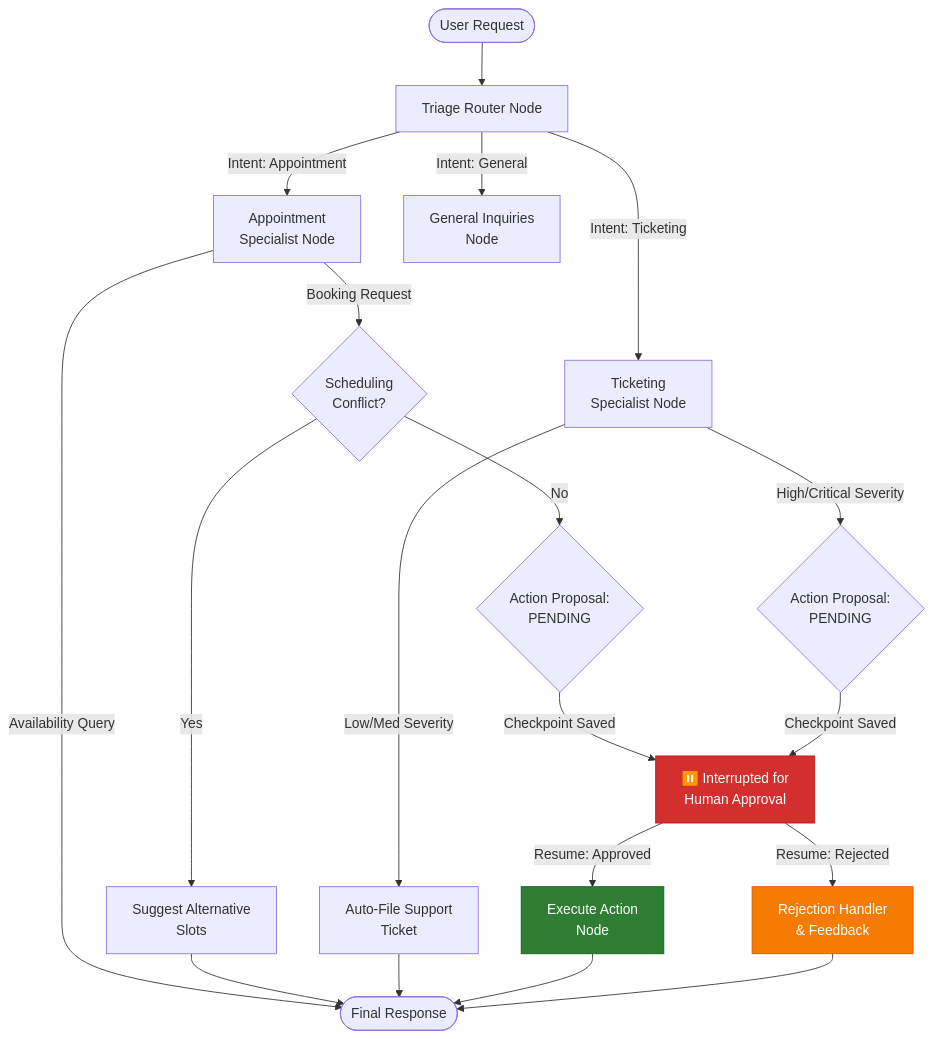
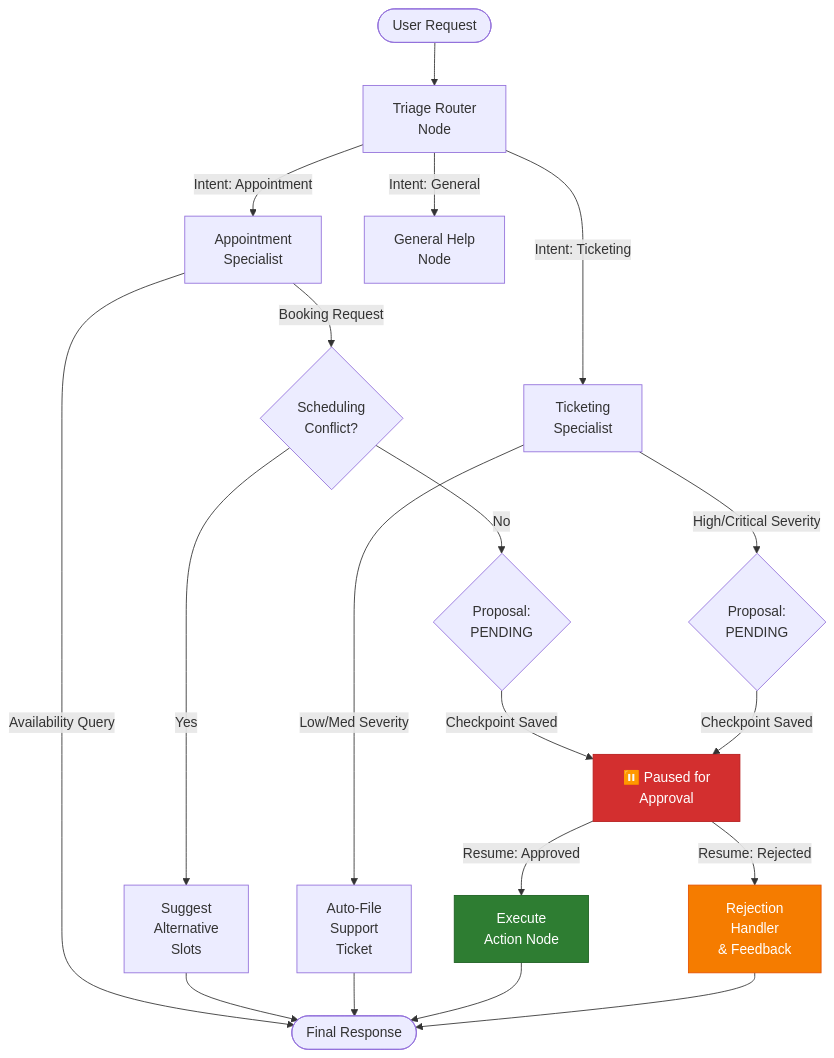
The diagram in modules/02_orchestration/README.md (Firojpaudel/Agentic), drawn with Mermaid before and after one commit. The commit also changed 2 other files, not shown here.

Commit message:
docs: add Mermaid flowchart to Module 01 and format node widths with padding across all diagrams

````diff
--- a/modules/02_orchestration/README.md
+++ b/modules/02_orchestration/README.md
@@ -17,26 +17,26 @@
 ```mermaid
 graph TD
-    Start(["User Request"]) --> Triage["Triage Router Node"]
+    Start(["&nbsp;User Request&nbsp;"]) --> Triage["&nbsp;Triage Router&nbsp;<br/>&nbsp;Node&nbsp;"]
     
-    Triage -->|Intent: Appointment| AptNode["Appointment<br/>Specialist Node"]
-    Triage -->|Intent: Ticketing| TckNode["Ticketing<br/>Specialist Node"]
-    Triage -->|Intent: General| GenNode["General Inquiries<br/>Node"]
+    Triage -->|Intent: Appointment| AptNode["&nbsp;Appointment&nbsp;<br/>&nbsp;Specialist&nbsp;"]
+    Triage -->|Intent: Ticketing| TckNode["&nbsp;Ticketing&nbsp;<br/>&nbsp;Specialist&nbsp;"]
+    Triage -->|Intent: General| GenNode["&nbsp;General Help&nbsp;<br/>&nbsp;Node&nbsp;"]
     
-    AptNode -->|Availability Query| EndNode(["Final Response"])
-    AptNode -->|Booking Request| CheckConflict{"Scheduling<br/>Conflict?"}
-    CheckConflict -->|Yes| ConflictFeedback["Suggest Alternative<br/>Slots"] --> EndNode
-    CheckConflict -->|No| HITLGate1{"Action Proposal:<br/>PENDING"}
+    AptNode -->|Availability Query| EndNode(["&nbsp;Final Response&nbsp;"])
+    AptNode -->|Booking Request| CheckConflict{"&nbsp;Scheduling&nbsp;<br/>&nbsp;Conflict?&nbsp;"}
+    CheckConflict -->|Yes| ConflictFeedback["&nbsp;Suggest&nbsp;<br/>&nbsp;Alternative&nbsp;<br/>&nbsp;Slots&nbsp;"] --> EndNode
+    CheckConflict -->|No| HITLGate1{"&nbsp;Proposal:&nbsp;<br/>&nbsp;PENDING&nbsp;"}
     
-    TckNode -->|Low/Med Severity| AutoFile["Auto-File Support<br/>Ticket"] --> EndNode
-    TckNode -->|High/Critical Severity| HITLGate2{"Action Proposal:<br/>PENDING"}
+    TckNode -->|Low/Med Severity| AutoFile["&nbsp;Auto-File&nbsp;<br/>&nbsp;Support&nbsp;<br/>&nbsp;Ticket&nbsp;"] --> EndNode
+    TckNode -->|High/Critical Severity| HITLGate2{"&nbsp;Proposal:&nbsp;<br/>&nbsp;PENDING&nbsp;"}
     
-    HITLGate1 -->|Checkpoint Saved| HumanPause["⏸️ Interrupted for<br/>Human Approval"]
+    HITLGate1 -->|Checkpoint Saved| HumanPause["&nbsp;⏸️ Paused for&nbsp;<br/>&nbsp;Approval&nbsp;"]
     HITLGate2 -->|Checkpoint Saved| HumanPause
     
-    HumanPause -->|Resume: Approved| Executor["Execute Action<br/>Node"] --> EndNode
-    HumanPause -->|Resume: Rejected| Rejection["Rejection Handler<br/>& Feedback"] --> EndNode
+    HumanPause -->|Resume: Approved| Executor["&nbsp;Execute&nbsp;<br/>&nbsp;Action Node&nbsp;"] --> EndNode
+    HumanPause -->|Resume: Rejected| Rejection["&nbsp;Rejection&nbsp;<br/>&nbsp;Handler&nbsp;<br/>&nbsp;&amp; Feedback&nbsp;"] --> EndNode
 
     style HumanPause fill:#d32f2f,stroke:#b71c1c,color:#fff
     style Executor fill:#2e7d32,stroke:#1b5e20,color:#fff
     style Rejection fill:#f57c00,stroke:#e65100,color:#fff
 ```
````
